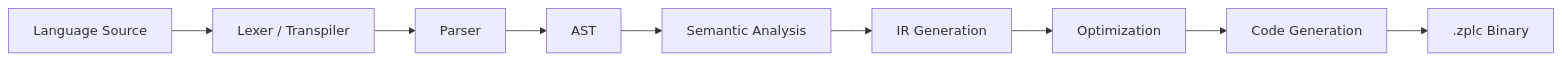
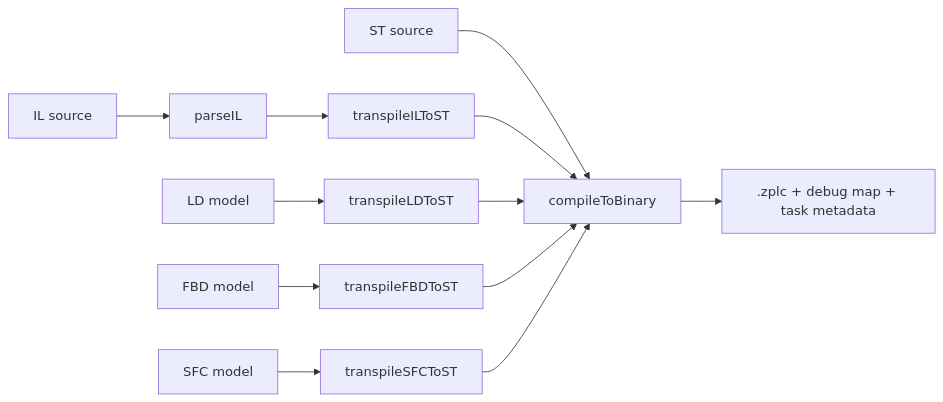
One commit to eduardojvieira/ZPLC changed the diagram in docs/docs/ide/compiler.md. Above: the diagram before and after it, drawn with Mermaid. The commit also changed other lines of this file and 94 other files, not shown here.

````diff
--- a/docs/docs/ide/compiler.md
+++ b/docs/docs/ide/compiler.md
@@ -8,11 +11,14 @@
 ```mermaid
-graph LR
-    A[Language Source] --> B[Lexer / Transpiler]
-    B --> C[Parser]
-    C --> D[AST]
-    D --> E[Semantic Analysis]
-    E --> F[IR Generation]
-    F --> G[Optimization]
-    G --> H[Code Generation]
-    H --> I[.zplc Binary]
+flowchart LR
+  ST[ST source] --> Core[compileToBinary]
+  IL[IL source] --> ILParse[parseIL]
+  ILParse --> ILToST[transpileILToST]
+  LD[LD model] --> LDToST[transpileLDToST]
+  FBD[FBD model] --> FBDToST[transpileFBDToST]
+  SFC[SFC model] --> SFCToST[transpileSFCToST]
+  ILToST --> Core
+  LDToST --> Core
+  FBDToST --> Core
+  SFCToST --> Core
+  Core --> ZPLC[.zplc + debug map + task metadata]
 ```
````
